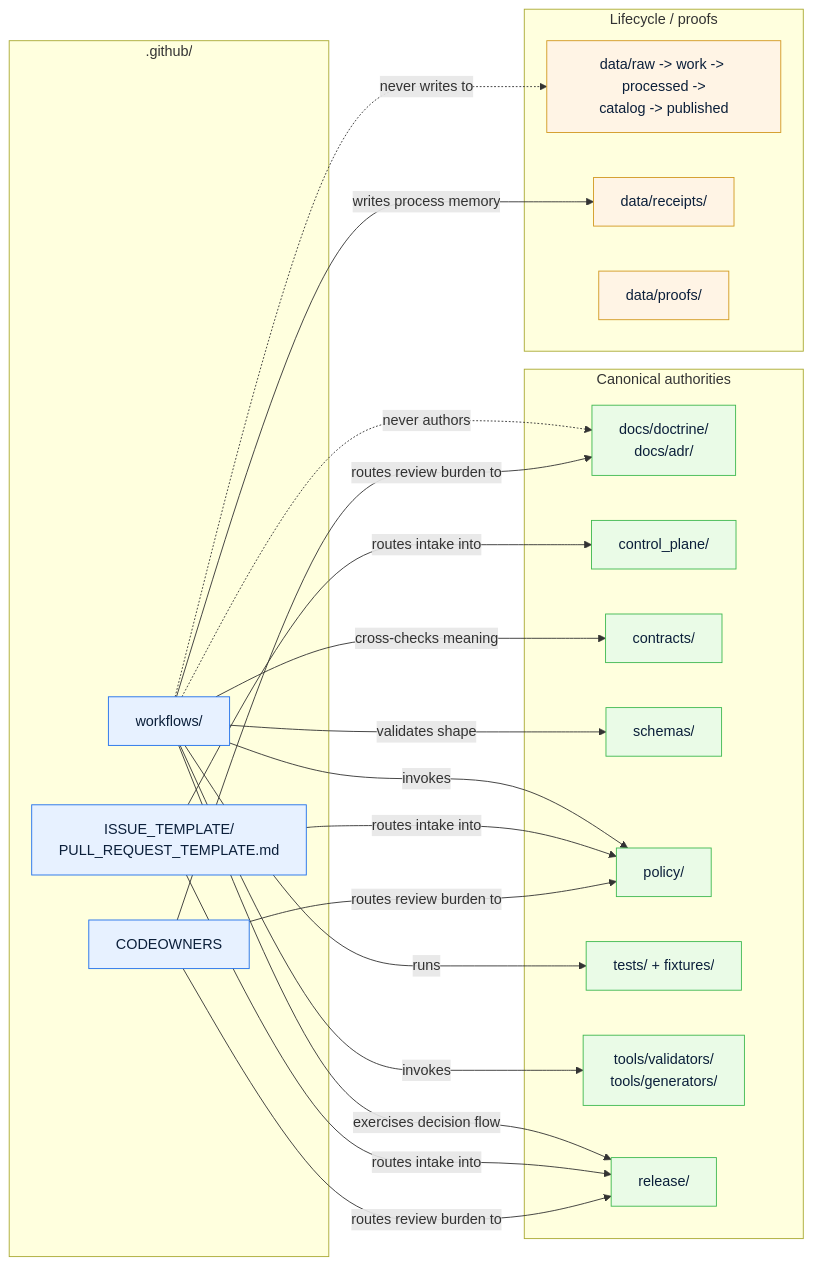
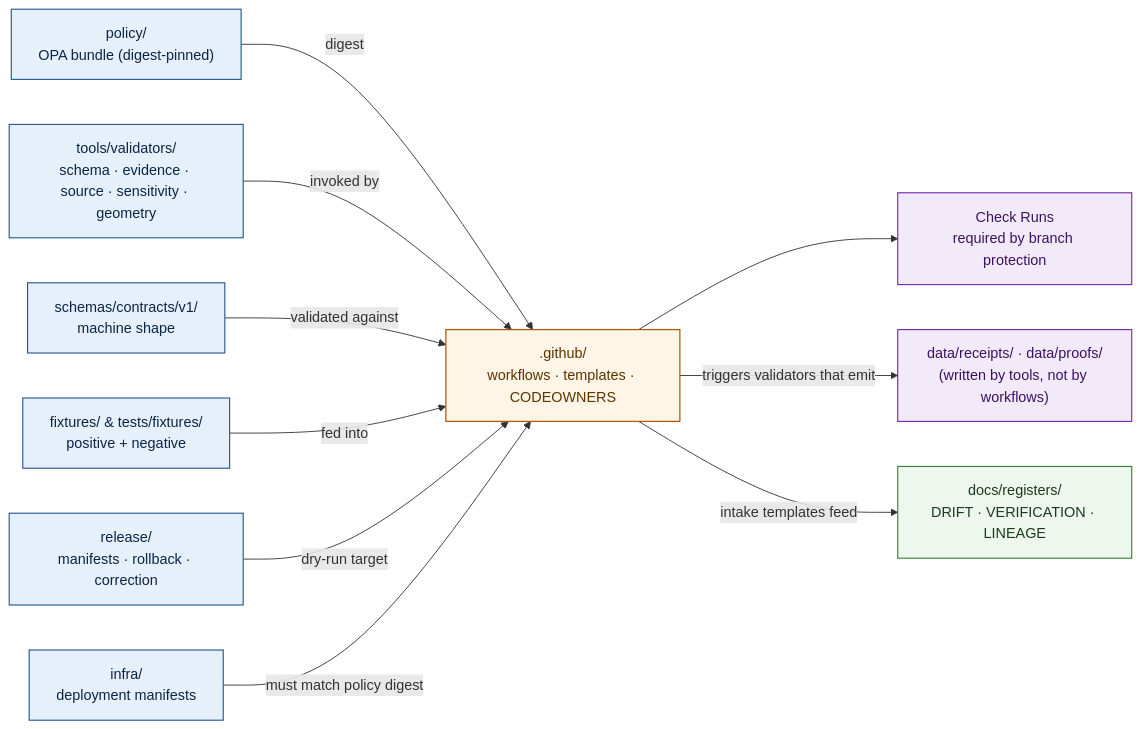
The diagram in .github/README.md (bartytime4life/Kansas-Frontier-Matrix), drawn with Mermaid before and after one commit. The commit also changed other lines of this file, not shown here.

````diff
--- a/.github/README.md
+++ b/.github/README.md
@@ -184,50 +284,31 @@
 ```mermaid
 flowchart LR
-    subgraph GH[".github/"]
-        WF["workflows/"]
-        TPL["ISSUE_TEMPLATE/<br/>PULL_REQUEST_TEMPLATE.md"]
-        OWN["CODEOWNERS"]
-    end
+    classDef canon fill:#e6f0fb,stroke:#1f4f8f,color:#0b2545,stroke-width:1.2px;
+    classDef hook fill:#fff5e6,stroke:#b25900,color:#5a3500,stroke-width:1.4px;
+    classDef result fill:#f3eaf9,stroke:#6b21a8,color:#3b1361,stroke-width:1.2px;
+    classDef reg fill:#eef7ee,stroke:#2f7d32,color:#1b3b1c,stroke-width:1.2px;
 
-    subgraph CANON["Canonical authorities"]
-        DOC["docs/doctrine/<br/>docs/adr/"]
-        CP["control_plane/"]
-        CON["contracts/"]
-        SCH["schemas/"]
-        POL["policy/"]
-        TST["tests/ + fixtures/"]
-        TOOL["tools/validators/<br/>tools/generators/"]
-        REL["release/"]
-    end
+    GH[".github/<br/>workflows · templates · CODEOWNERS"]:::hook
 
-    subgraph LIFE["Lifecycle / proofs"]
-        DATA["data/raw -&gt; work -&gt; processed -&gt;<br/>catalog -&gt; published"]
-        RECEIPTS["data/receipts/"]
-        PROOFS["data/proofs/"]
-    end
+    POL["policy/<br/>OPA bundle (digest-pinned)"]:::canon
+    TLS["tools/validators/<br/>schema · evidence · source · sensitivity · geometry"]:::canon
+    SCH["schemas/contracts/v1/<br/>machine shape"]:::canon
+    FIX["fixtures/ &amp; tests/fixtures/<br/>positive + negative"]:::canon
+    REL["release/<br/>manifests · rollback · correction"]:::canon
+    INF["infra/<br/>deployment manifests"]:::canon
 
-    WF -->|invokes| TOOL
-    WF -->|invokes| POL
-    WF -->|runs| TST
-    WF -->|validates shape| SCH
-    WF -->|cross-checks meaning| CON
-    WF -->|exercises decision flow| REL
-    WF -->|writes process memory| RECEIPTS
-    WF -.->|never writes to| DATA
-    WF -.->|never authors| DOC
+    DAT["data/receipts/ · data/proofs/<br/>(written by tools, not by workflows)"]:::result
+    CHK["Check Runs<br/>required by branch protection"]:::result
+    REG["docs/registers/<br/>DRIFT · VERIFICATION · LINEAGE"]:::reg
 
-    TPL -->|routes intake into| REL
-    TPL -->|routes intake into| POL
-    TPL -->|routes intake into| CP
+    POL -- "digest" --> GH
+    TLS -- "invoked by" --> GH
+    SCH -- "validated against" --> GH
+    FIX -- "fed into" --> GH
+    REL -- "dry-run target" --> GH
+    INF -- "must match policy digest" --> GH
 
-    OWN -->|routes review burden to| DOC
-    OWN -->|routes review burden to| POL
-    OWN -->|routes review burden to| REL
-
-    classDef gh fill:#e7f1ff,stroke:#1f6feb,color:#0b1f3a;
-    classDef canon fill:#eafbe7,stroke:#3fb950,color:#0b1f3a;
-    classDef life fill:#fff4e5,stroke:#d29922,color:#0b1f3a;
-    class WF,TPL,OWN gh;
-    class DOC,CP,CON,SCH,POL,TST,TOOL,REL canon;
-    class DATA,RECEIPTS,PROOFS life;
+    GH --> CHK
+    GH -- "triggers validators that emit" --> DAT
+    GH -- "intake templates feed" --> REG
 ```
````
